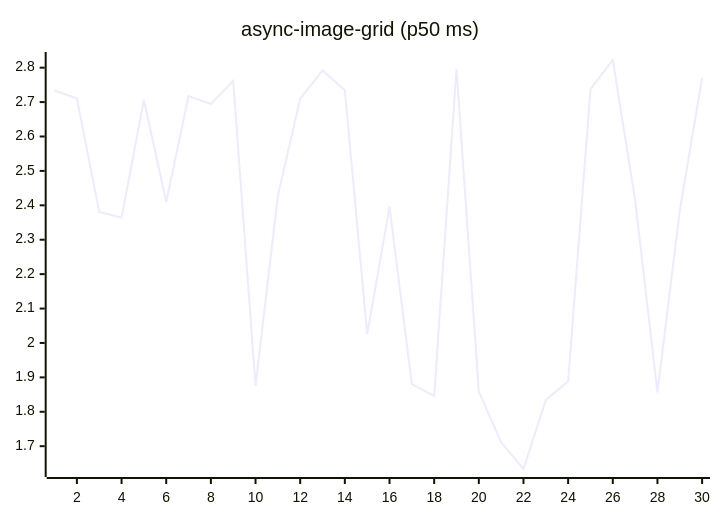
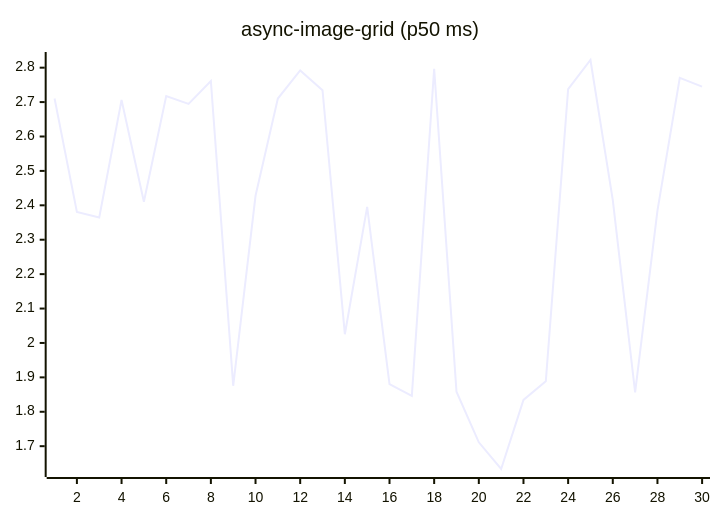
Before and after one commit to josha/Facet: the fifth of 27 diagrams in README.md, drawn with Mermaid. The commit also changed other lines of this file and 2 other files, not shown here.

````diff
--- a/README.md
+++ b/README.md
@@ -91,6 +91,6 @@
 ```mermaid
 xychart-beta
     title "async-image-grid (p50 ms)"
     x-axis 1 --> 30
-    line [2.7336, 2.7103, 2.3810, 2.3646, 2.7059, 2.4103, 2.7175, 2.6949, 2.7614, 1.8756, 2.4277, 2.7103, 2.7919, 2.7346, 2.0254, 2.3955, 1.8801, 1.8461, 2.7970, 1.8583, 1.7113, 1.6337, 1.8346, 1.8885, 2.7375, 2.8223, 2.4153, 1.8565, 2.3845, 2.7705]
+    line [2.7103, 2.3810, 2.3646, 2.7059, 2.4103, 2.7175, 2.6949, 2.7614, 1.8756, 2.4277, 2.7103, 2.7919, 2.7346, 2.0254, 2.3955, 1.8801, 1.8461, 2.7970, 1.8583, 1.7113, 1.6337, 1.8346, 1.8885, 2.7375, 2.8223, 2.4153, 1.8565, 2.3845, 2.7705, 2.7451]
 ```
````
